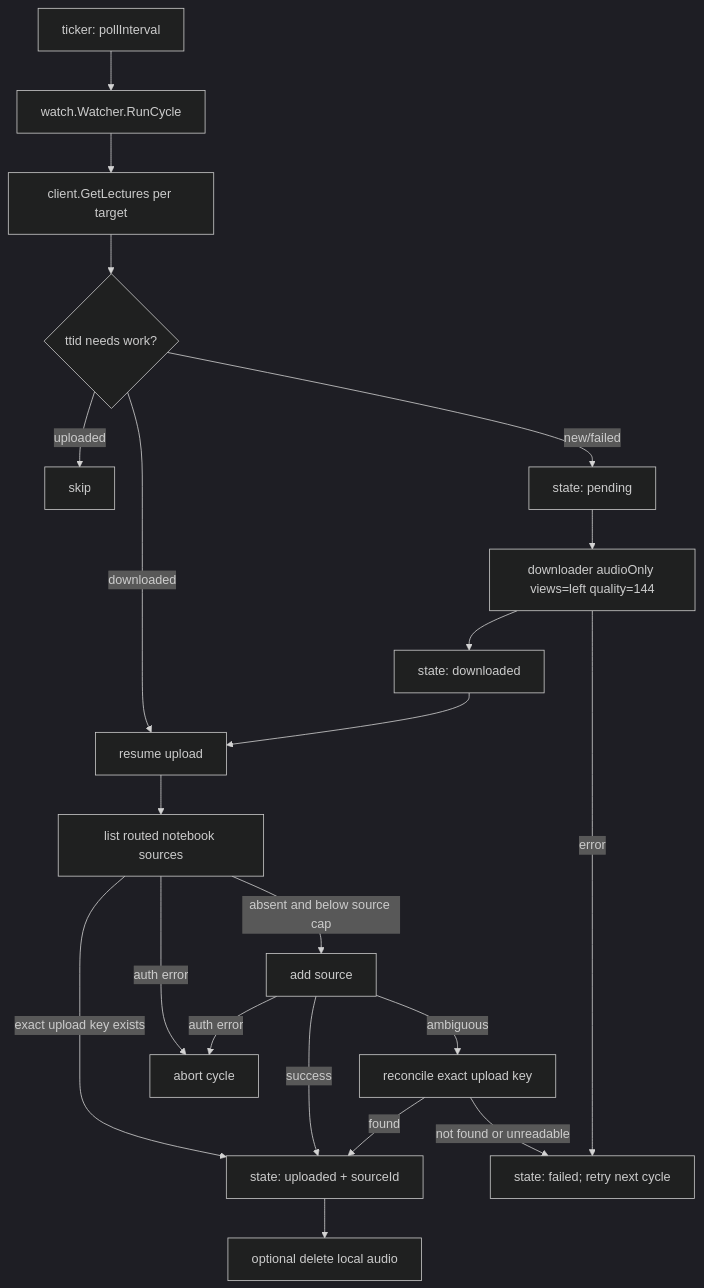
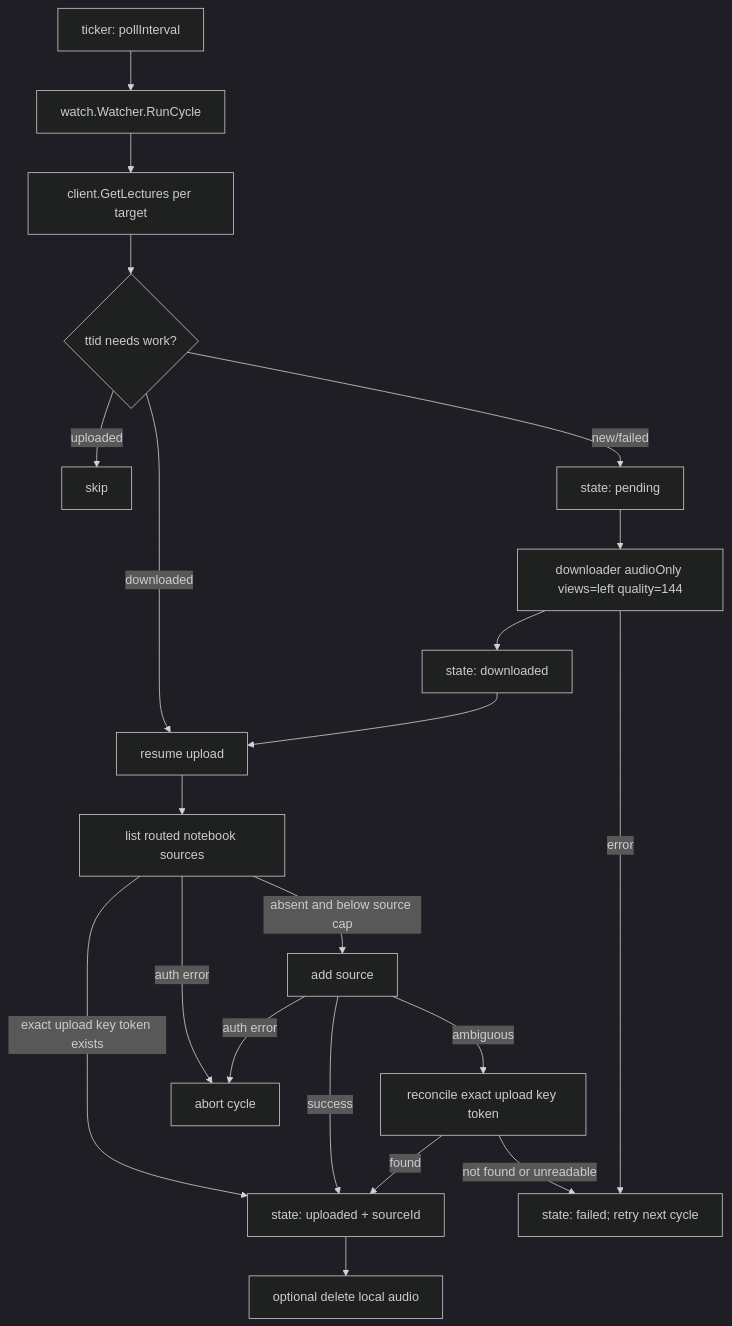
Before and after one commit to rabesss/impartus-cli: the fourth of 6 diagrams in docs/architecture.md, drawn with Mermaid (dark theme). The commit also changed 9 other files, not shown here.

````diff
--- a/docs/architecture.md
+++ b/docs/architecture.md
@@ -95,23 +95,23 @@
 ```mermaid
 flowchart TD
   Tick["ticker: pollInterval"] --> Loop
   Loop["watch.Watcher.RunCycle"] --> Fetch["client.GetLectures per target"]
   Fetch --> Diff{"ttid needs work?"}
   Diff -->|uploaded| Skip["skip"]
   Diff -->|downloaded| Up["resume upload"]
   Diff -->|new/failed| Claim["state: pending"]
   Claim --> DL["downloader audioOnly views=left quality=144"]
   DL --> Mark1["state: downloaded"]
   Mark1 --> Up
   Up --> Recon["list routed notebook sources"]
-  Recon -->|exact upload key exists| Mark2
+  Recon -->|exact upload key token exists| Mark2
   Recon -->|absent and below source cap| Add["add source"]
   Add -->|success| Mark2["state: uploaded + sourceId"]
-  Add -->|ambiguous| Recheck["reconcile exact upload key"]
+  Add -->|ambiguous| Recheck["reconcile exact upload key token"]
   Recheck -->|found| Mark2
   Recheck -->|not found or unreadable| Retry
   Mark2 --> Clean["optional delete local audio"]
   DL -->|error| Retry["state: failed; retry next cycle"]
   Recon -->|auth error| Abort["abort cycle"]
   Add -->|auth error| Abort
 ```
````
